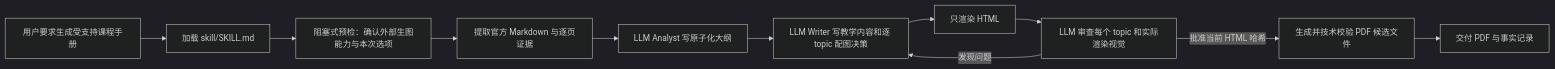
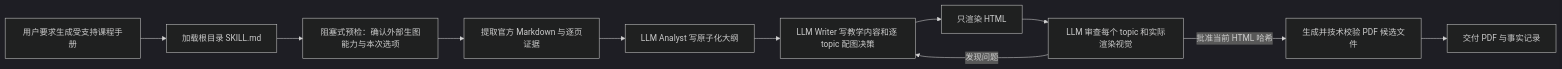
One commit to mianbaofang/exam-revision-handbook changed the second of 2 diagrams in docs/SKILL_EXPLAINED.md. Above: the diagram before and after it, drawn with Mermaid (dark theme). The commit also changed other lines of this file and 130 other files, not shown here.

````diff
--- a/docs/SKILL_EXPLAINED.md
+++ b/docs/SKILL_EXPLAINED.md
@@ -81,13 +81,13 @@
 ```mermaid
 flowchart LR
-  A["用户要求生成受支持课程手册"] --> B["加载 skill/SKILL.md"]
+  A["用户要求生成受支持课程手册"] --> B["加载根目录 SKILL.md"]
   B --> C["阻塞式预检：确认外部生图能力与本次选项"]
   C --> D["提取官方 Markdown 与逐页证据"]
   D --> E["LLM Analyst 写原子化大纲"]
   E --> F["LLM Writer 写教学内容和逐 topic 配图决策"]
   F --> G["只渲染 HTML"]
   G --> H["LLM 审查每个 topic 和实际渲染视觉"]
   H -->|"发现问题"| F
   H -->|"批准当前 HTML 哈希"| I["生成并技术校验 PDF 候选文件"]
   I --> J["交付 PDF 与事实记录"]
 ```
````
